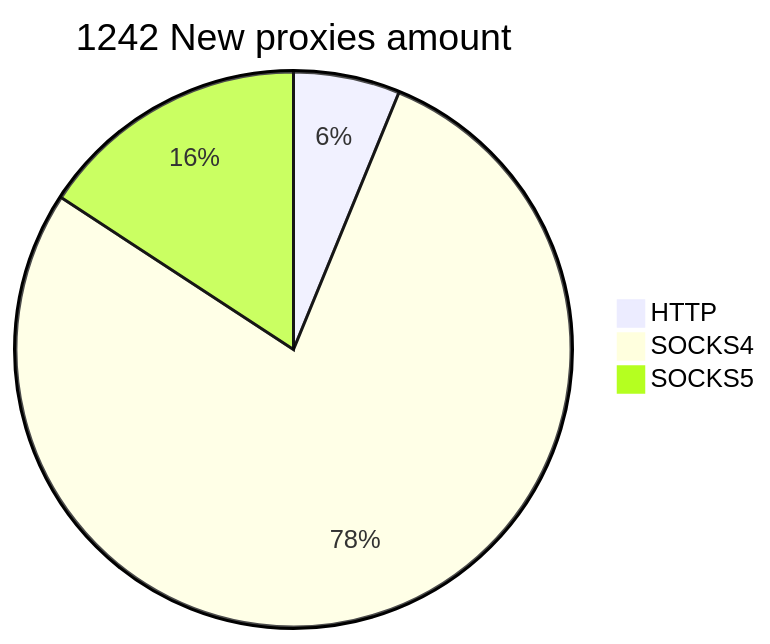
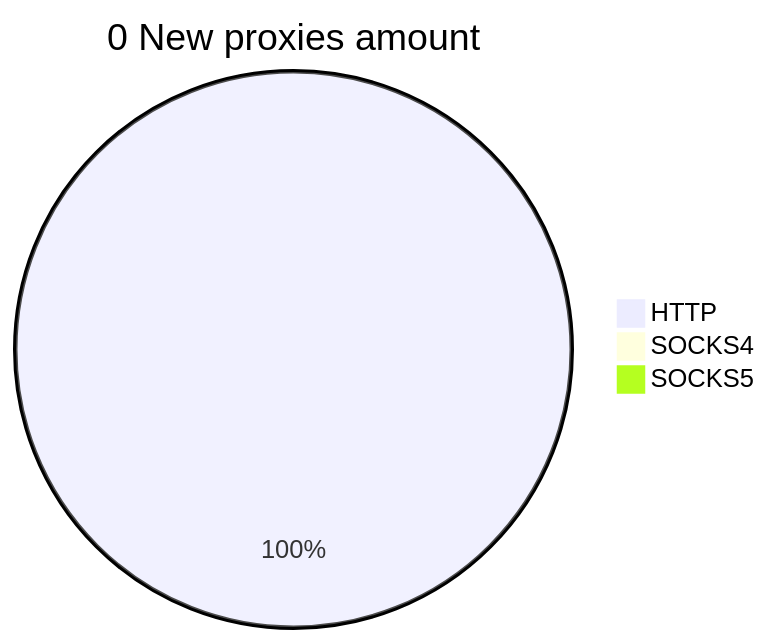
The second of 2 diagrams in README.md (cutipu/proxylist), drawn with Mermaid before and after one commit. The commit also changed other lines of this file, not shown here.

````diff
--- a/README.md
+++ b/README.md
@@ -10,6 +10,6 @@
 ```mermaid
-pie title 1242 New proxies amount
-    "HTTP" : 77
-    "SOCKS4" : 969
-    "SOCKS5" : 196
+pie title 0 New proxies amount
+    "HTTP" : 1
+    "SOCKS4" : 0
+    "SOCKS5" : 0
 ```
````
